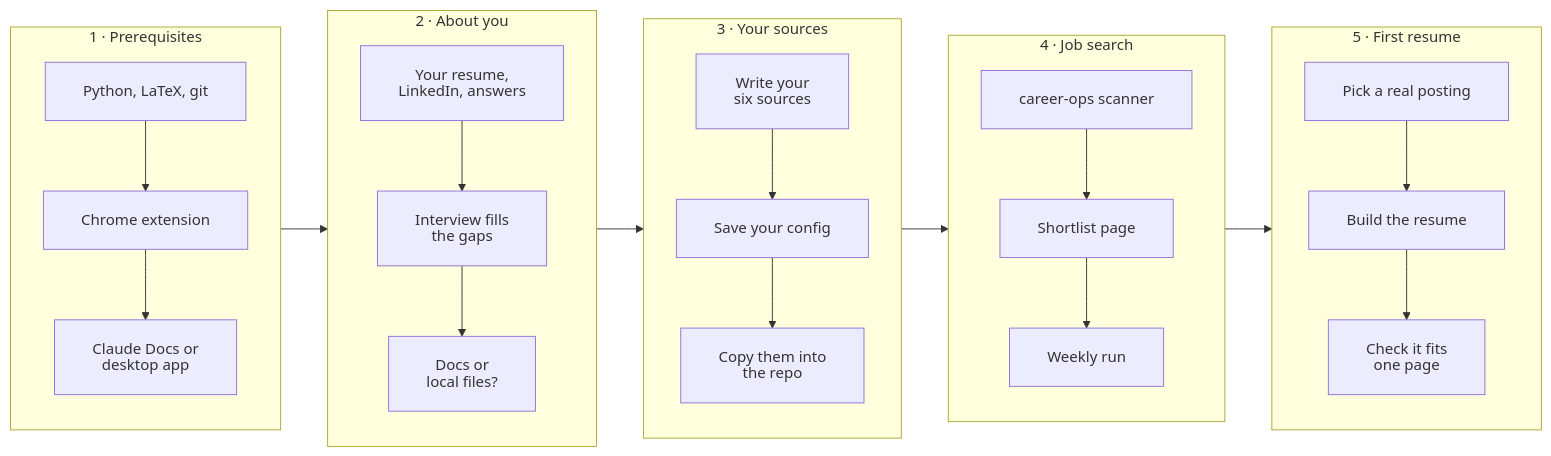
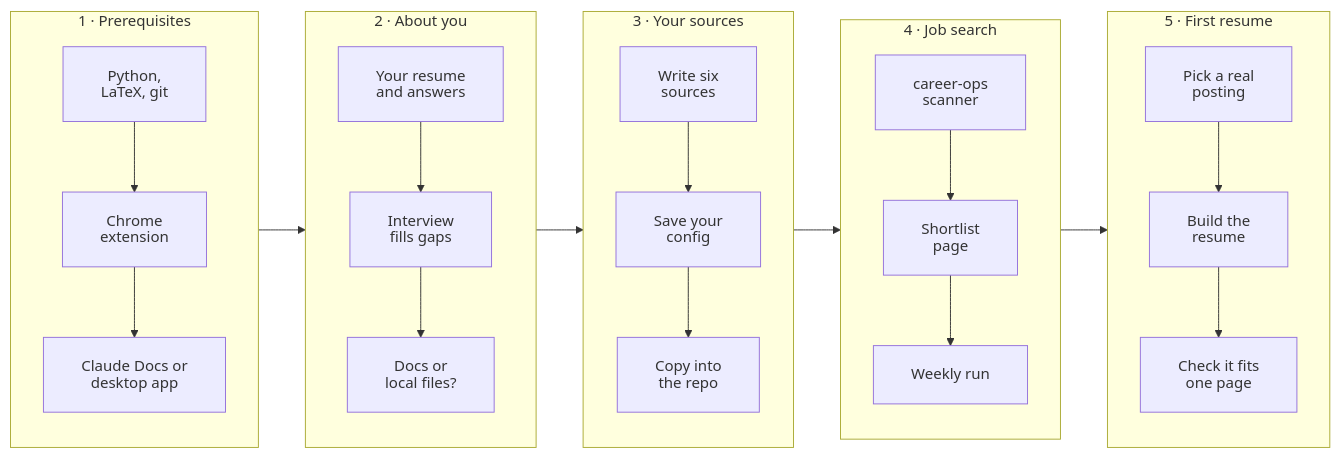
One commit to alymo8/jobapps changed the third of 3 diagrams in README.md. Above: the diagram before and after it, drawn with Mermaid. The commit also changed other lines of this file, not shown here.

Commit message:
README diagrams: short label lines so GitHub doesn't re-wrap them

````diff
--- a/README.md
+++ b/README.md
@@ -75,25 +75,25 @@
 ```mermaid
-%%{init: {"htmlLabels": false, "flowchart": {"htmlLabels": false, "padding": 20, "wrappingWidth": 400}}}%%
+%%{init: {"htmlLabels": false, "flowchart": {"htmlLabels": false, "padding": 20}}}%%
 flowchart LR
     subgraph S1["1 · Prerequisites"]
         direction TB
-        S10["Python, LaTeX, git"] --> S11["Chrome extension"] --> S12["Claude Docs or<br/>desktop app"]
+        S10["Python,<br/>LaTeX, git"] --> S11["Chrome<br/>extension"] --> S12["Claude Docs or<br/>desktop app"]
     end
     subgraph S2["2 · About you"]
         direction TB
-        S20["Your resume,<br/>LinkedIn, answers"] --> S21["Interview fills<br/>the gaps"] --> S22["Docs or<br/>local files?"]
+        S20["Your resume<br/>and answers"] --> S21["Interview<br/>fills gaps"] --> S22["Docs or<br/>local files?"]
     end
     subgraph S3["3 · Your sources"]
         direction TB
-        S30["Write your<br/>six sources"] --> S31["Save your config"] --> S32["Copy them into<br/>the repo"]
+        S30["Write six<br/>sources"] --> S31["Save your<br/>config"] --> S32["Copy into<br/>the repo"]
     end
     subgraph S4["4 · Job search"]
         direction TB
-        S40["career-ops scanner"] --> S41["Shortlist page"] --> S42["Weekly run"]
+        S40["career-ops<br/>scanner"] --> S41["Shortlist<br/>page"] --> S42["Weekly run"]
     end
     subgraph S5["5 · First resume"]
         direction TB
-        S50["Pick a real posting"] --> S51["Build the resume"] --> S52["Check it fits<br/>one page"]
+        S50["Pick a real<br/>posting"] --> S51["Build the<br/>resume"] --> S52["Check it fits<br/>one page"]
     end
     S1 --> S2 --> S3 --> S4 --> S5
 ```
````
